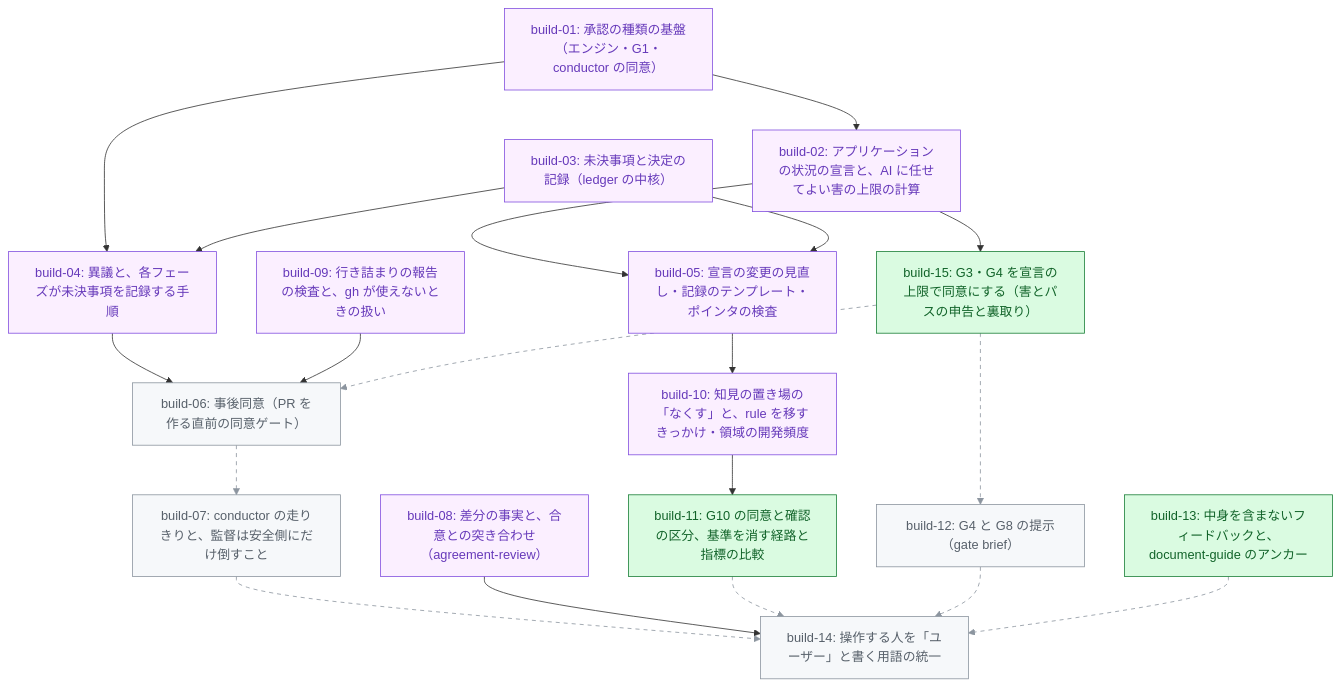
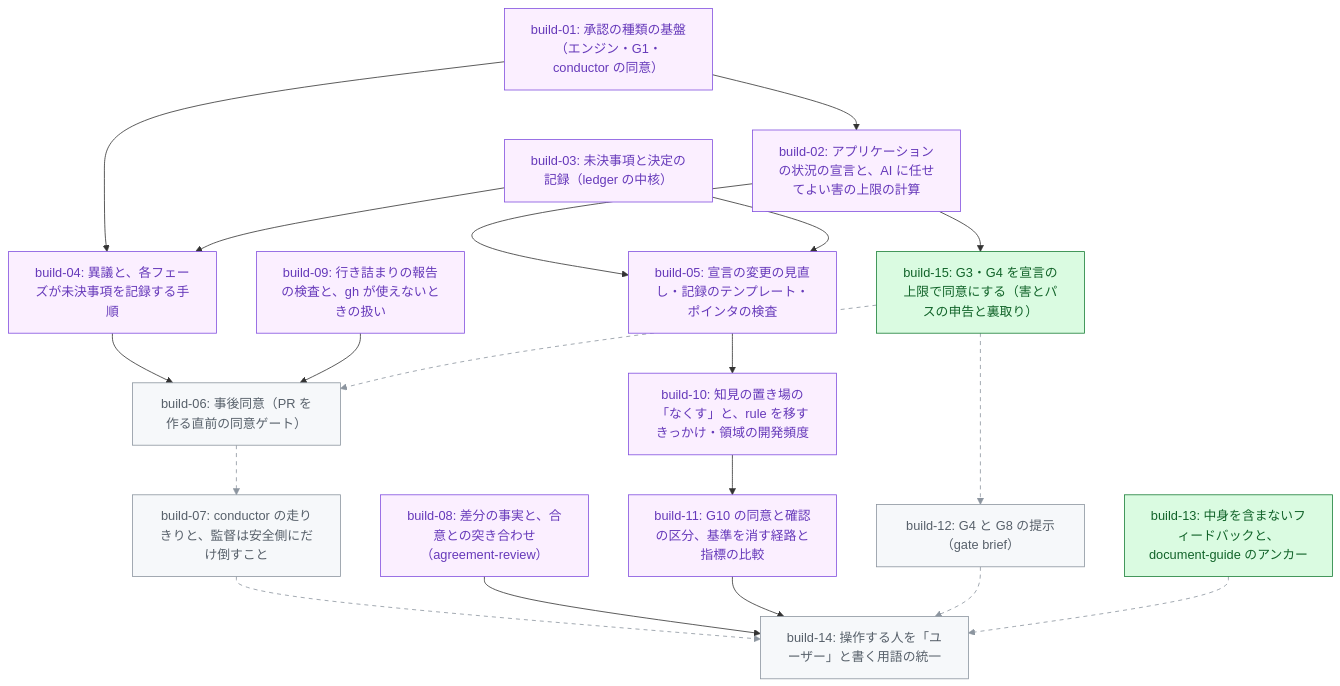
One commit to tak-solder/hikyaku changed the diagram in .hikyaku/cycles/001-v3-core-concepts/tasklist.md. Above: the diagram before and after it, drawn with Mermaid. The commit also changed other lines of this file and 1 other file, not shown here.

Commit message:
builder(001-v3-core-concepts): build-11 の PR を記録する（#117）
Claude-Session: https://claude.ai/code/session_01RJieNbZxJTuNKqjvWpTagW

````diff
--- a/.hikyaku/cycles/001-v3-core-concepts/tasklist.md
+++ b/.hikyaku/cycles/001-v3-core-concepts/tasklist.md
@@ -30,43 +30,43 @@
 ```mermaid
 graph TD
   b01["build-01: 承認の種類の基盤（エンジン・G1・conductor の同意）"]
   b02["build-02: アプリケーションの状況の宣言と、AI に任せてよい害の上限の計算"]
   b03["build-03: 未決事項と決定の記録（ledger の中核）"]
   b04["build-04: 異議と、各フェーズが未決事項を記録する手順"]
   b05["build-05: 宣言の変更の見直し・記録のテンプレート・ポインタの検査"]
   b06["build-06: 事後同意（PR を作る直前の同意ゲート）"]
   b07["build-07: conductor の走りきりと、監督は安全側にだけ倒すこと"]
   b08["build-08: 差分の事実と、合意との突き合わせ（agreement-review）"]
   b09["build-09: 行き詰まりの報告の検査と、gh が使えないときの扱い"]
   b10["build-10: 知見の置き場の「なくす」と、rule を移すきっかけ・領域の開発頻度"]
   b11["build-11: G10 の同意と確認の区分、基準を消す経路と指標の比較"]
   b12["build-12: G4 と G8 の提示（gate brief）"]
   b13["build-13: 中身を含まないフィードバックと、document-guide のアンカー"]
   b14["build-14: 操作する人を「ユーザー」と書く用語の統一"]
   b15["build-15: G3・G4 を宣言の上限で同意にする（害とパスの申告と裏取り）"]
   b01 --> b02
   b01 --> b04
   b03 --> b04
   b02 --> b05
   b03 --> b05
   b04 --> b06
   b09 --> b06
   b15 -.-> b06
   b06 -.-> b07
   b05 --> b10
   b10 --> b11
   b15 -.-> b12
   b07 -.-> b14
   b08 --> b14
-  b11 -.-> b14
+  b11 --> b14
   b12 -.-> b14
   b13 -.-> b14
   b02 --> b15
   classDef merged fill:#fbefff,stroke:#8250df,color:#6639ba
   classDef ready fill:#dafbe1,stroke:#1a7f37,color:#116329
   classDef blocked fill:#f6f8fa,stroke:#8c959f,color:#57606a
-  class b01,b02,b03,b04,b05,b08,b09,b10 merged
-  class b11,b13,b15 ready
+  class b01,b02,b03,b04,b05,b08,b09,b10,b11 merged
+  class b13,b15 ready
   class b06,b07,b12,b14 blocked
-  linkStyle 7,8,11,12,14,15,16 stroke:#8c959f,stroke-dasharray:5 5
+  linkStyle 7,8,11,12,15,16 stroke:#8c959f,stroke-dasharray:5 5
 ```
````
